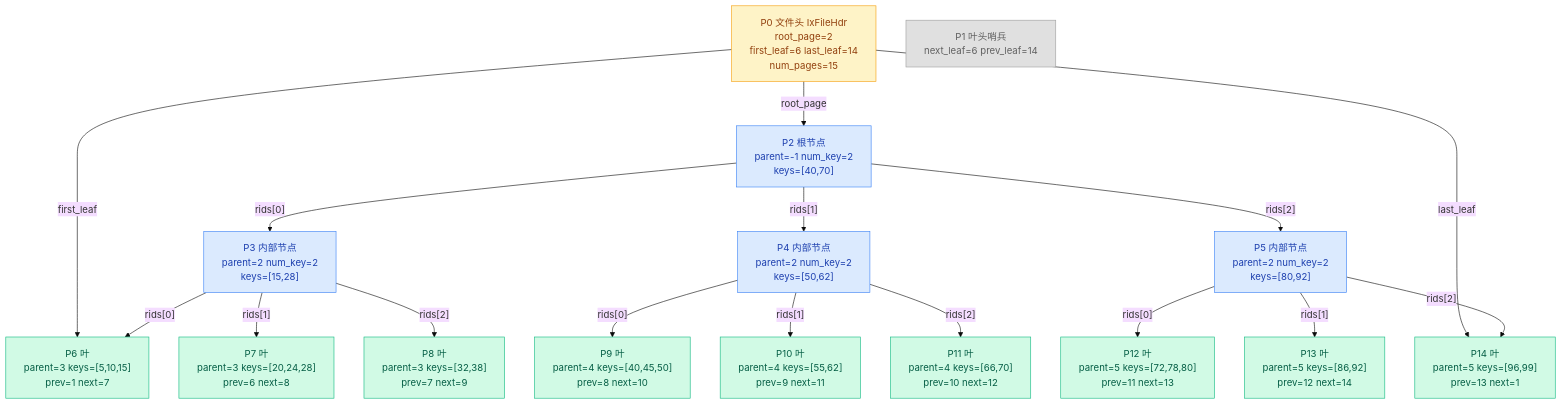
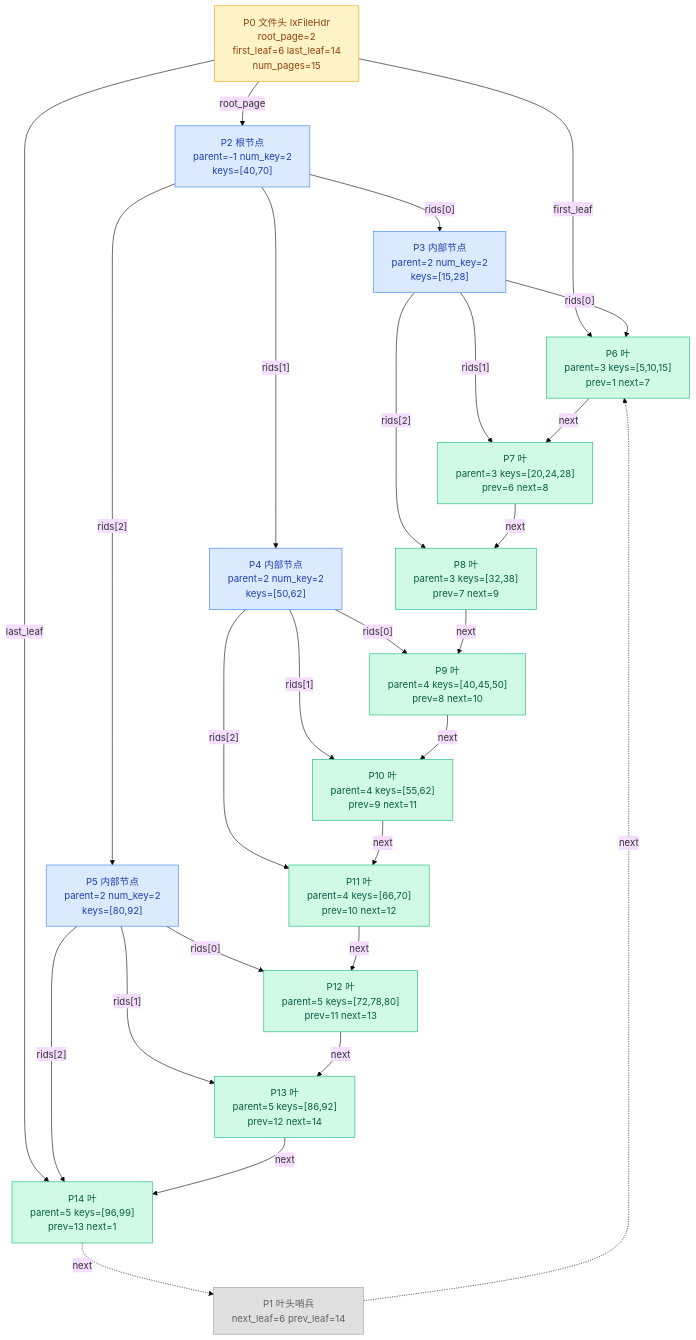
The diagram in my-analysis/03-index-layer/02-index-data-structures.md (Dorian7Alden/RMDB-2024-Analyze), drawn with Mermaid (base theme) before and after one commit. The commit also changed other lines of this file, not shown here.

Commit message:
doc(index-data): 给 B+ 树图补上叶节点链表箭头
- 叶节点间实线箭头：L6→L7→...→L14
- 哨兵到首尾叶节点虚线箭头

````diff
--- a/my-analysis/03-index-layer/02-index-data-structures.md
+++ b/my-analysis/03-index-layer/02-index-data-structures.md
@@ -24,45 +24,56 @@
 ```mermaid
 flowchart TD
     HDR["P0 文件头 IxFileHdr<br/>root_page=2<br/>first_leaf=6 last_leaf=14<br/>num_pages=15"]
     LH["P1 叶头哨兵<br/>next_leaf=6 prev_leaf=14"]
     R["P2 根节点<br/>parent=-1 num_key=2<br/>keys=[40,70]"]
     I3["P3 内部节点<br/>parent=2 num_key=2<br/>keys=[15,28]"]
     I4["P4 内部节点<br/>parent=2 num_key=2<br/>keys=[50,62]"]
     I5["P5 内部节点<br/>parent=2 num_key=2<br/>keys=[80,92]"]
 
     L6["P6 叶<br/>parent=3 keys=[5,10,15]<br/>prev=1 next=7"]
     L7["P7 叶<br/>parent=3 keys=[20,24,28]<br/>prev=6 next=8"]
     L8["P8 叶<br/>parent=3 keys=[32,38]<br/>prev=7 next=9"]
     L9["P9 叶<br/>parent=4 keys=[40,45,50]<br/>prev=8 next=10"]
     L10["P10 叶<br/>parent=4 keys=[55,62]<br/>prev=9 next=11"]
     L11["P11 叶<br/>parent=4 keys=[66,70]<br/>prev=10 next=12"]
     L12["P12 叶<br/>parent=5 keys=[72,78,80]<br/>prev=11 next=13"]
     L13["P13 叶<br/>parent=5 keys=[86,92]<br/>prev=12 next=14"]
     L14["P14 叶<br/>parent=5 keys=[96,99]<br/>prev=13 next=1"]
 
     HDR -->|"root_page"| R
     HDR -->|"first_leaf"| L6
     HDR -->|"last_leaf"| L14
     R -->|"rids[0]"| I3
     R -->|"rids[1]"| I4
     R -->|"rids[2]"| I5
     I3 -->|"rids[0]"| L6
     I3 -->|"rids[1]"| L7
     I3 -->|"rids[2]"| L8
     I4 -->|"rids[0]"| L9
     I4 -->|"rids[1]"| L10
     I4 -->|"rids[2]"| L11
     I5 -->|"rids[0]"| L12
     I5 -->|"rids[1]"| L13
     I5 -->|"rids[2]"| L14
 
+    L6 -->|"next"| L7
+    L7 -->|"next"| L8
+    L8 -->|"next"| L9
+    L9 -->|"next"| L10
+    L10 -->|"next"| L11
+    L11 -->|"next"| L12
+    L12 -->|"next"| L13
+    L13 -->|"next"| L14
+    L14 -.->|"next"| LH
+    LH -.->|"next"| L6
+
     classDef header fill:#fef3c7,stroke:#f59e0b,color:#92400e
     classDef internal fill:#dbeafe,stroke:#3b82f6,color:#1e40af
     classDef leaf fill:#d1fae5,stroke:#10b981,color:#065f46
     classDef sentinel fill:#e0e0e0,stroke:#9e9e9e,color:#616161
 
     class HDR header
     class R,I3,I4,I5 internal
     class L6,L7,L8,L9,L10,L11,L12,L13,L14 leaf
     class LH sentinel
 ```
````
